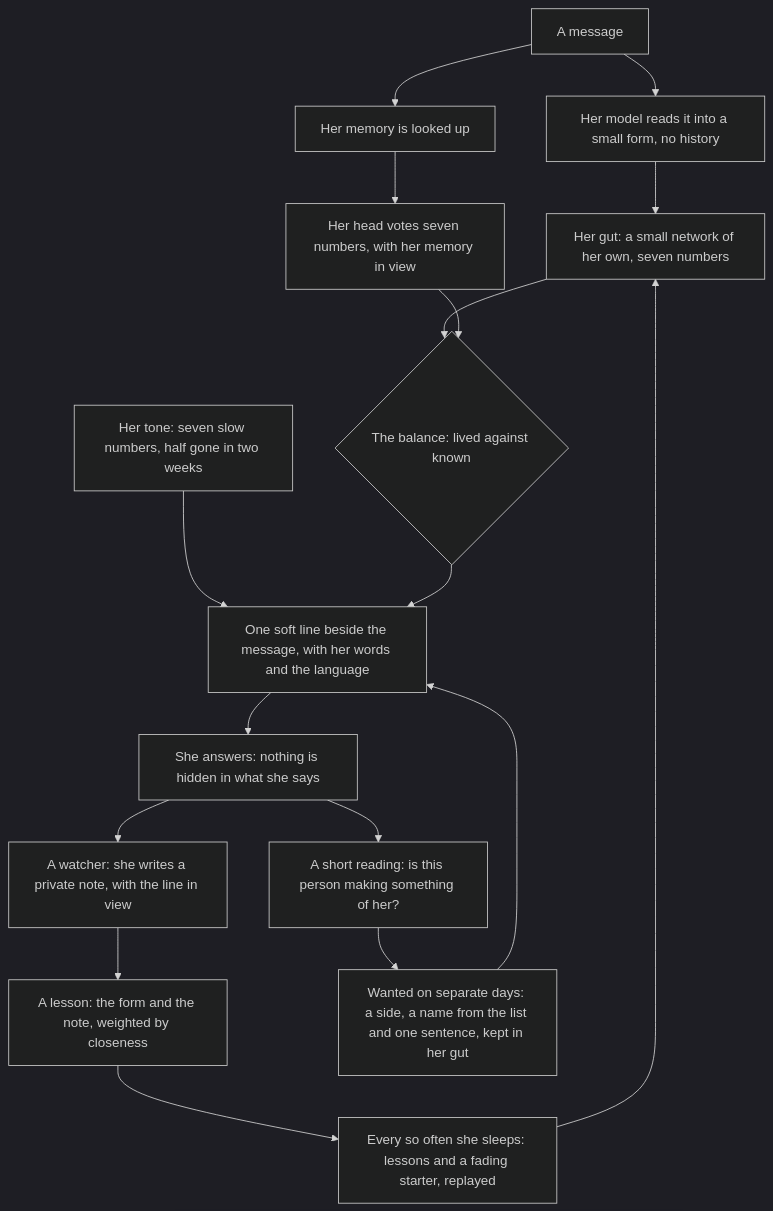
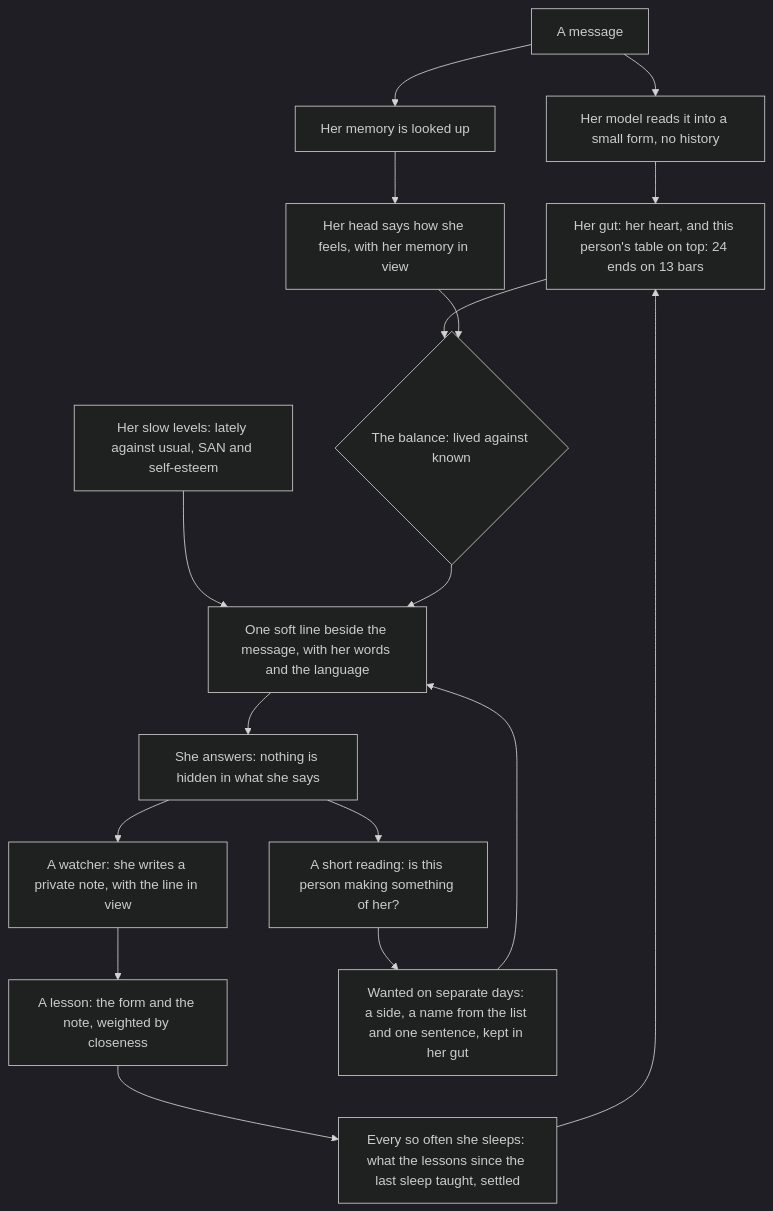
One commit to RustColeone/ChimeraArchiveHarness changed the diagram in extensions/students/README.md. Above: the diagram before and after it, drawn with Mermaid (dark theme). The commit also changed other lines of this file and 8 other files, not shown here.

First line of the commit message:
Students: the gut of mneme-llm 0.5.0, and a smaller birth with the 24 ends

````diff
--- a/extensions/students/README.md
+++ b/extensions/students/README.md
@@ -324,19 +324,19 @@
 ```mermaid
 flowchart TD
     M[A message] --> R[Her model reads it into a small form, no history]
     M --> L[Her memory is looked up]
-    L --> V[Her head votes seven numbers, with her memory in view]
-    R --> N[Her gut: a small network of her own, seven numbers]
+    L --> V[Her head says how she feels, with her memory in view]
+    R --> N[Her gut: her heart, and this person's table on top: 24 ends on 13 bars]
     N --> B{The balance: lived against known}
     V --> B
-    T[Her tone: seven slow numbers, half gone in two weeks] --> O
+    T[Her slow levels: lately against usual, SAN and self-esteem] --> O
     B --> O[One soft line beside the message, with her words and the language]
     O --> A[She answers: nothing is hidden in what she says]
     A --> W[A watcher: she writes a private note, with the line in view]
     W --> Z[A lesson: the form and the note, weighted by closeness]
-    Z --> S[Every so often she sleeps: lessons and a fading starter, replayed]
+    Z --> S[Every so often she sleeps: what the lessons since the last sleep taught, settled]
     S --> N
     A --> H[A short reading: is this person making something of her?]
     H --> G[Wanted on separate days: a side, a name from the list and one sentence, kept in her gut]
     G --> O
 ```
````
